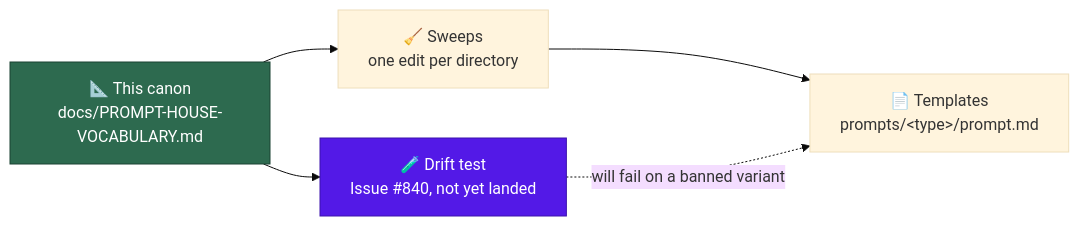
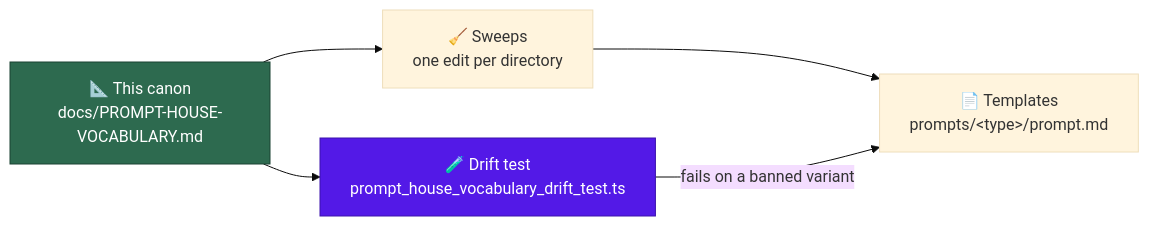
The diagram in docs/PROMPT-HOUSE-VOCABULARY.md (stSoftwareAU/VibeCoder), drawn with Mermaid (base theme) before and after one commit. The commit also changed other lines of this file and 6 other files, not shown here.

First line of the commit message:
test(prompts): pin the house vocabulary with an all-directory drift test (Issue #840)

````diff
--- a/docs/PROMPT-HOUSE-VOCABULARY.md
+++ b/docs/PROMPT-HOUSE-VOCABULARY.md
@@ -19,9 +21,9 @@
 ```mermaid
 flowchart LR
     A["📐 This canon<br/>docs/PROMPT-HOUSE-VOCABULARY.md"] --> B["🧹 Sweeps<br/>one edit per directory"]
     B --> C["📄 Templates<br/>prompts/&lt;type&gt;/prompt.md"]
-    A --> D["🧪 Drift test<br/>Issue #840, not yet landed"]
-    D -. "will fail on a banned variant" .-> C
+    A --> D["🧪 Drift test<br/>prompt_house_vocabulary_drift_test.ts"]
+    D -- "fails on a banned variant" --> C
     style A fill:#2d6a4f,stroke:#1b4332,color:#fff
     style D fill:#5319e7,stroke:#3d13ad,color:#fff
 ```
````
